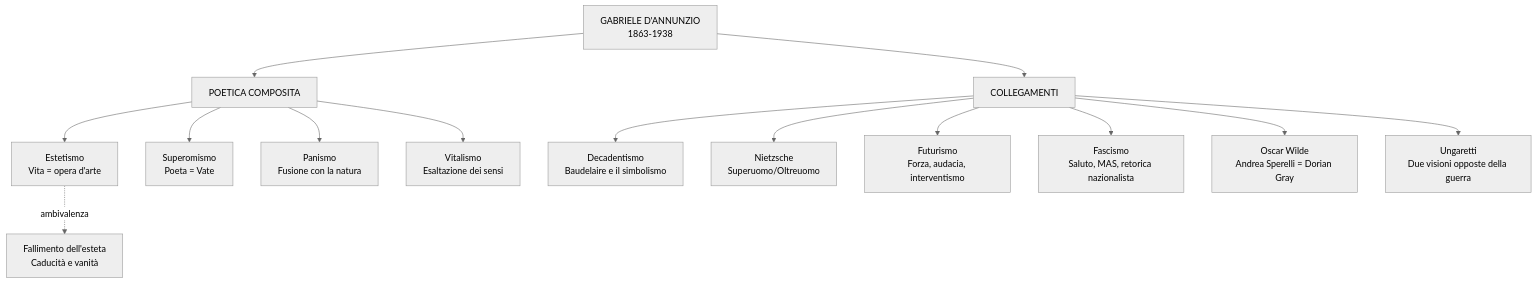
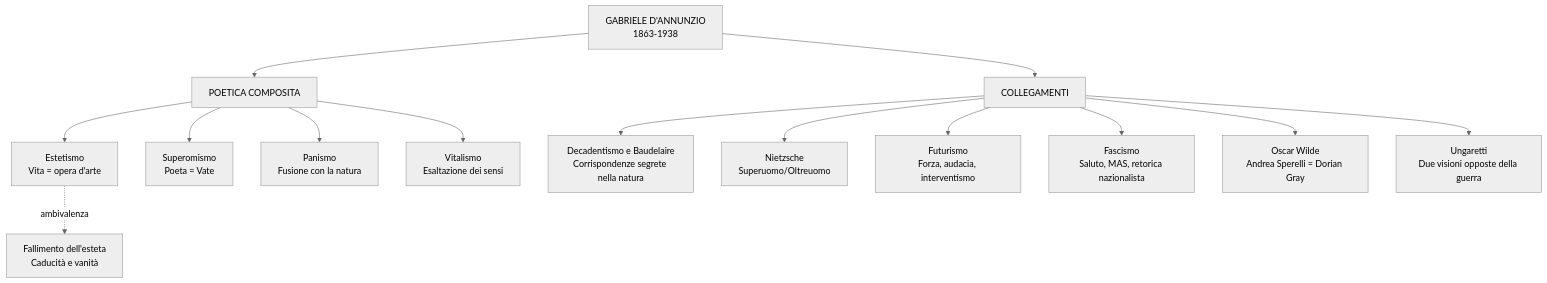
One commit to riccardo-algorime/appunti-5Bsa changed the second of 2 diagrams in italiano/dannunzio/riassunto.md. Above: the diagram before and after it, drawn with Mermaid (neutral theme). The commit also changed other lines of this file, not shown here.

````diff
--- a/italiano/dannunzio/riassunto.md
+++ b/italiano/dannunzio/riassunto.md
@@ -265,18 +206,18 @@
 ```mermaid
 flowchart TD
     A[GABRIELE D'ANNUNZIO<br/>1863-1938] --> B[POETICA COMPOSITA]
     B --> C[Estetismo<br/>Vita = opera d'arte]
     B --> D[Superomismo<br/>Poeta = Vate]
     B --> E[Panismo<br/>Fusione con la natura]
     B --> F[Vitalismo<br/>Esaltazione dei sensi]
 
     A --> G[COLLEGAMENTI]
-    G --> H[Decadentismo<br/>Baudelaire e il simbolismo]
+    G --> H[Decadentismo e Baudelaire<br/>Corrispondenze segrete nella natura]
     G --> I[Nietzsche<br/>Superuomo/Oltreuomo]
     G --> J[Futurismo<br/>Forza, audacia, interventismo]
     G --> K[Fascismo<br/>Saluto, MAS, retorica nazionalista]
     G --> L[Oscar Wilde<br/>Andrea Sperelli = Dorian Gray]
     G --> M[Ungaretti<br/>Due visioni opposte della guerra]
 
     C -.->|ambivalenza| N[Fallimento dell'esteta<br/>Caducità e vanità]
 ```
````
